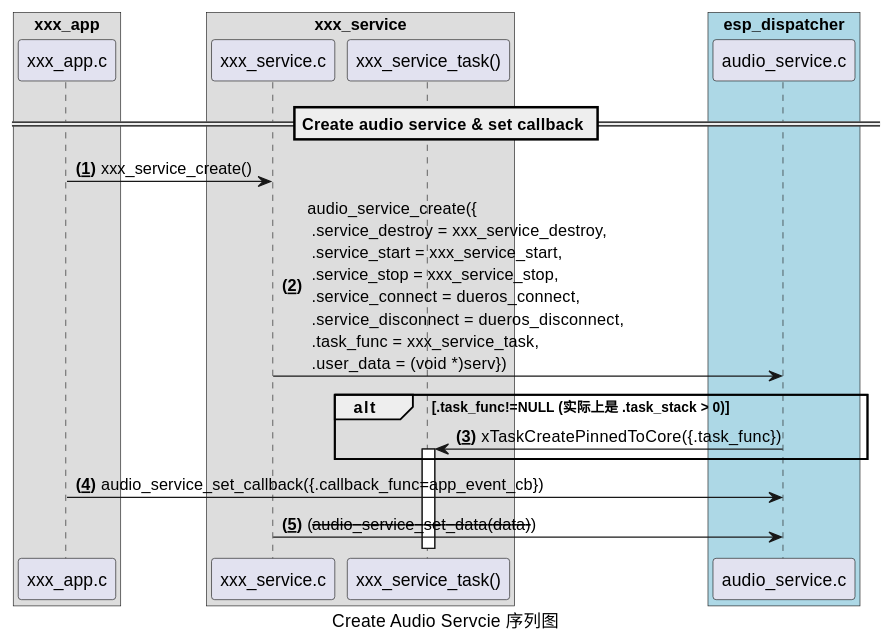
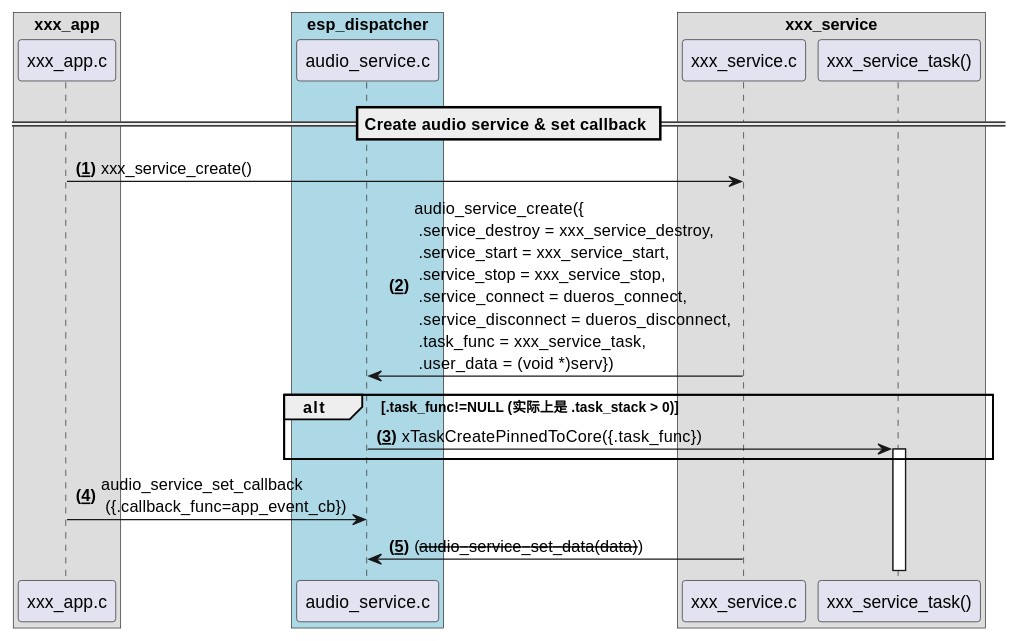
One commit to liangzhu2008/learn-esp-adf changed the third of 3 diagrams in docs/inside-dispatcher/audio_service.rst. Above: the diagram before and after it, drawn with PlantUML. The commit also changed other lines of this file and 1 other file, not shown here.

Commit message:
加入 DuerOS Service 的类图

```diff
--- a/docs/inside-dispatcher/audio_service.rst
+++ b/docs/inside-dispatcher/audio_service.rst
@@ -209,29 +218,27 @@
     .. uml::
-
-        caption Create Audio Servcie 序列图
 
         box "xxx_app"
         participant "xxx_app.c"         as adf_app  order 10
         end box
 
-        box "xxx_service" 
-        participant "xxx_service.c"   as xxx_service  order 20
-        participant "xxx_service_task()" as service_task  order 30
+        box "esp_dispatcher" #LightBlue
+        participant "audio_service.c"  as audio_service  order 20
         end box
 
-        box "esp_dispatcher" #LightBlue
-        participant "audio_service.c"  as audio_service  order 40
+        box "xxx_service" 
+        participant "xxx_service.c"   as xxx_service  order 30
+        participant "xxx_service_task()" as service_task  order 40
         end box
         
         == Create audio service & set callback ==
         autonumber 1 "<b>(<u>##</u>)"
         adf_app        -> xxx_service : xxx_service_create()
-        xxx_service -> audio_service : audio_service_create({\n .service_destroy = xxx_service_destroy, \n .service_start = xxx_service_start, \n .service_stop = xxx_service_stop, \n .service_connect = dueros_connect, \n .service_disconnect = dueros_disconnect, \n .task_func  = xxx_service_task, \n .user_data = (void *)serv})
+        audio_service  <- xxx_service : audio_service_create({\n .service_destroy = xxx_service_destroy, \n .service_start = xxx_service_start, \n .service_stop = xxx_service_stop, \n .service_connect = dueros_connect, \n .service_disconnect = dueros_disconnect, \n .task_func  = xxx_service_task, \n .user_data = (void *)serv})
 
         alt .task_func!=NULL (实际上是 .task_stack > 0)
         audio_service -> service_task : xTaskCreatePinnedToCore({.task_func})
         activate service_task
         end
 
-        adf_app -> audio_service : audio_service_set_callback({.callback_func=app_event_cb})
-        xxx_service -> audio_service : (--audio_service_set_data(data)--)
+        adf_app      -> audio_service : audio_service_set_callback \n ({.callback_func=app_event_cb})
+        audio_service  <- xxx_service : (--audio_service_set_data(data)--)
```
